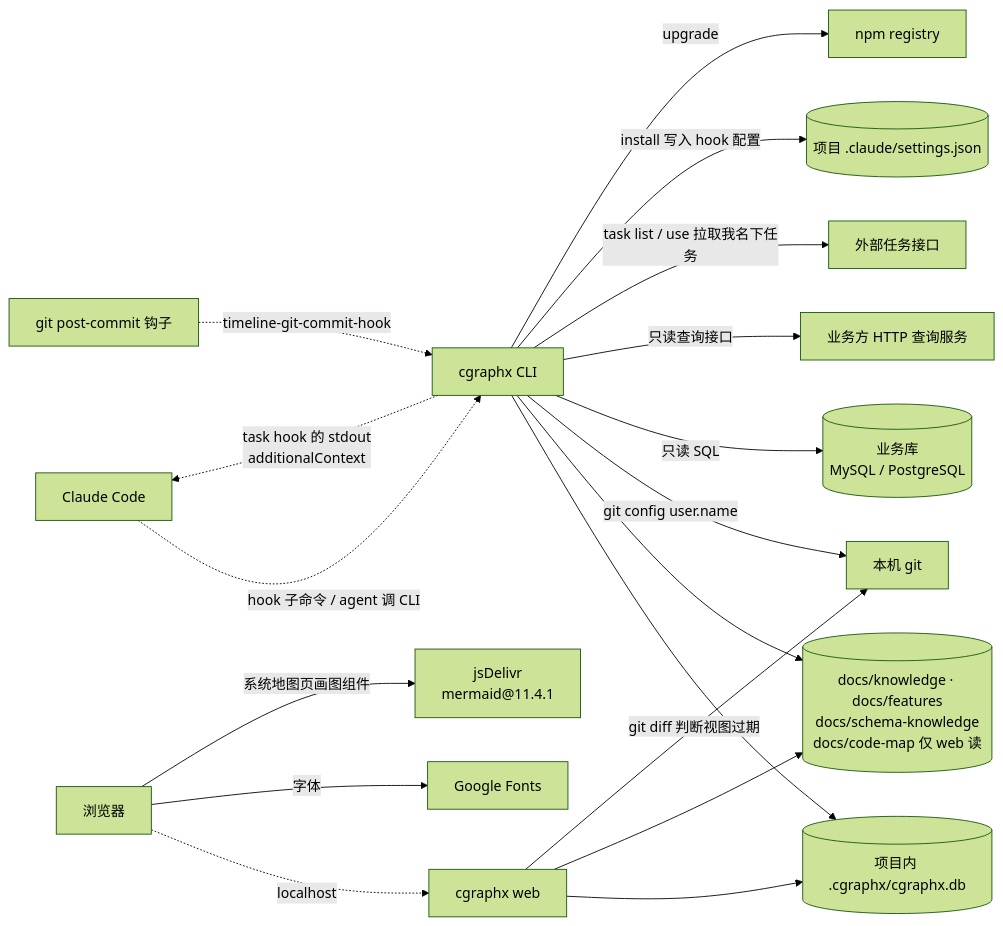
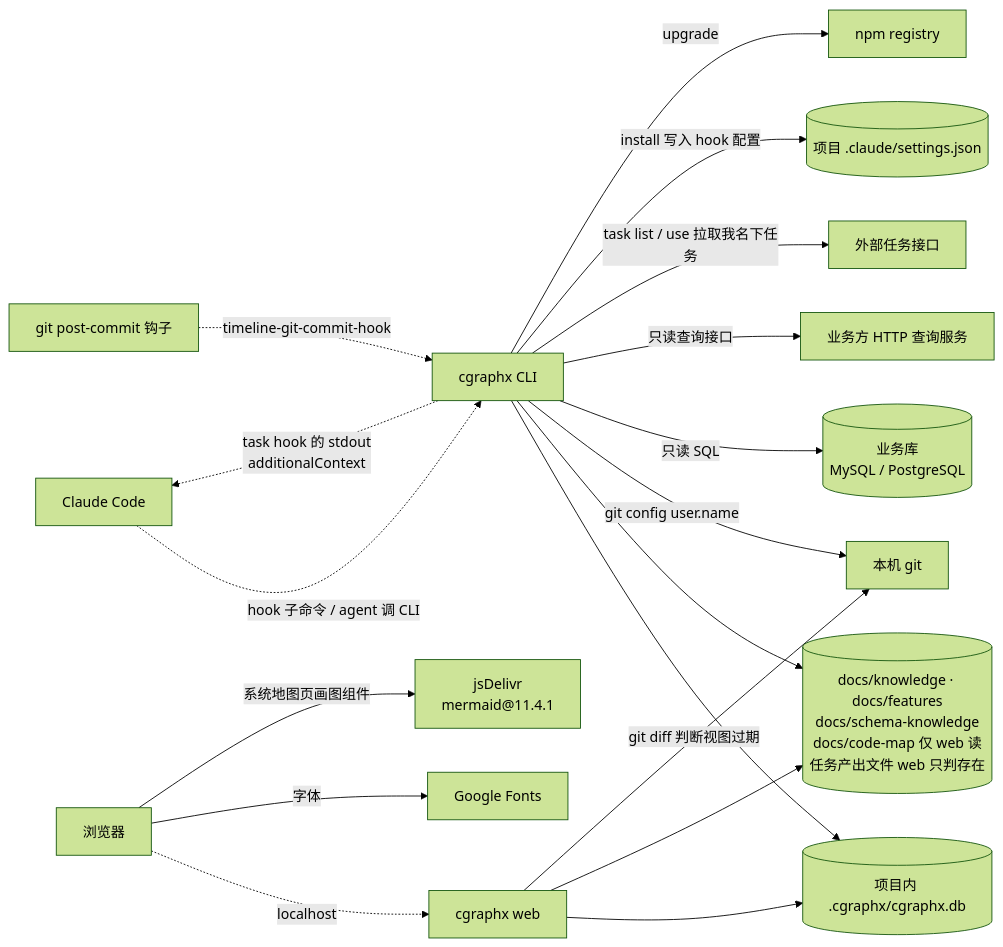
One commit to smdnkB/cgraphx changed the diagram in docs/code-map/系统交互.md. Above: the diagram before and after it, drawn with Mermaid (forest theme). The commit also changed other lines of this file and 9 other files, not shown here.

First line of the commit message:
docs: 开发任务浏览知识沉淀 + 刷新代码地图

````diff
--- a/docs/code-map/系统交互.md
+++ b/docs/code-map/系统交互.md
@@ -43,20 +45,20 @@
 ```mermaid
 flowchart LR
   cc[Claude Code] -. hook 子命令 / agent 调 CLI .-> cli[cgraphx CLI]
   cli -. task hook 的 stdout<br/>additionalContext .-> cc
   githook[git post-commit 钩子] -. timeline-git-commit-hook .-> cli
   browser[浏览器] -. localhost .-> web[cgraphx web]
   cli --> sqlite[(项目内 .cgraphx/cgraphx.db)]
   web --> sqlite
-  cli --> files[(docs/knowledge · docs/features<br/>docs/schema-knowledge<br/>docs/code-map 仅 web 读)]
+  cli --> files[(docs/knowledge · docs/features<br/>docs/schema-knowledge<br/>docs/code-map 仅 web 读<br/>任务产出文件 web 只判存在)]
   web --> files
   cli -- git config user.name --> git[本机 git]
   web -- git diff 判断视图过期 --> git
   cli -- 只读 SQL --> biz[(业务库<br/>MySQL / PostgreSQL)]
   cli -- 只读查询接口 --> httpq[业务方 HTTP 查询服务]
   cli -- task list / use 拉取我名下任务 --> taskapi[外部任务接口]
   cli -- install 写入 hook 配置 --> settings[(项目 .claude/settings.json)]
   cli -- upgrade --> npm[npm registry]
   browser -- 字体 --> gfonts[Google Fonts]
   browser -- 系统地图页画图组件 --> cdn["jsDelivr<br/>mermaid@11.4.1"]
 ```
````
